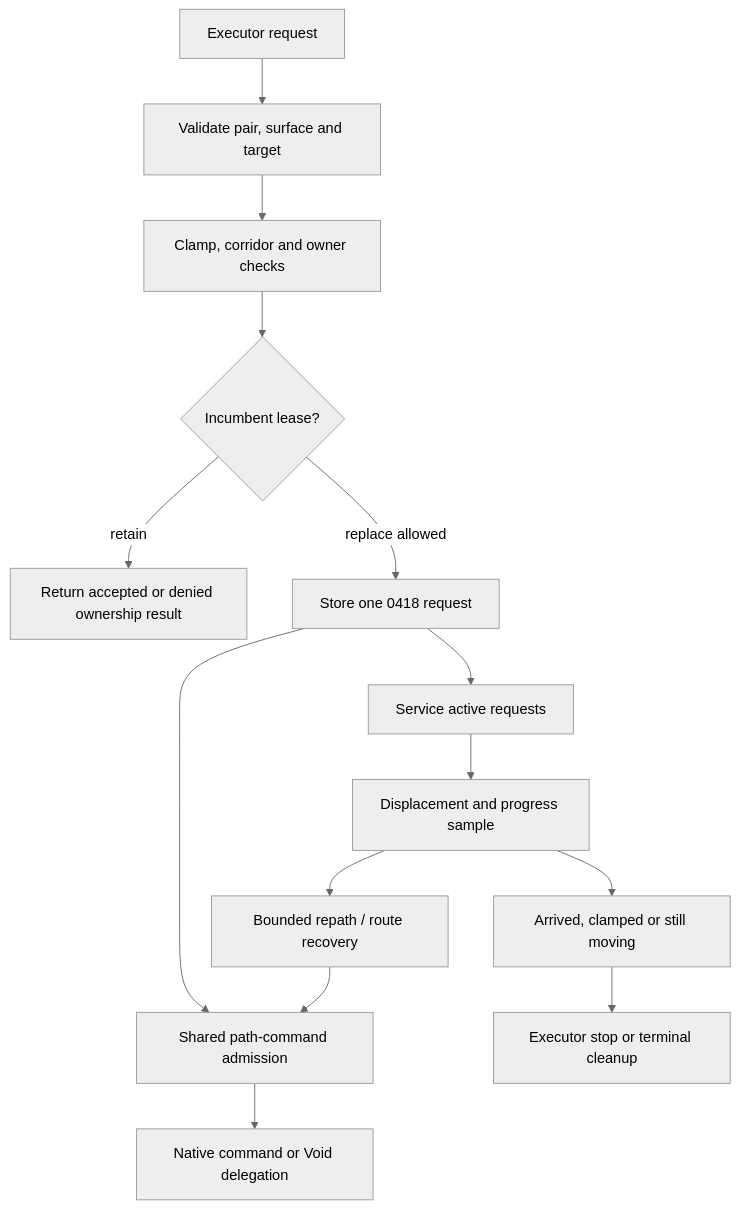
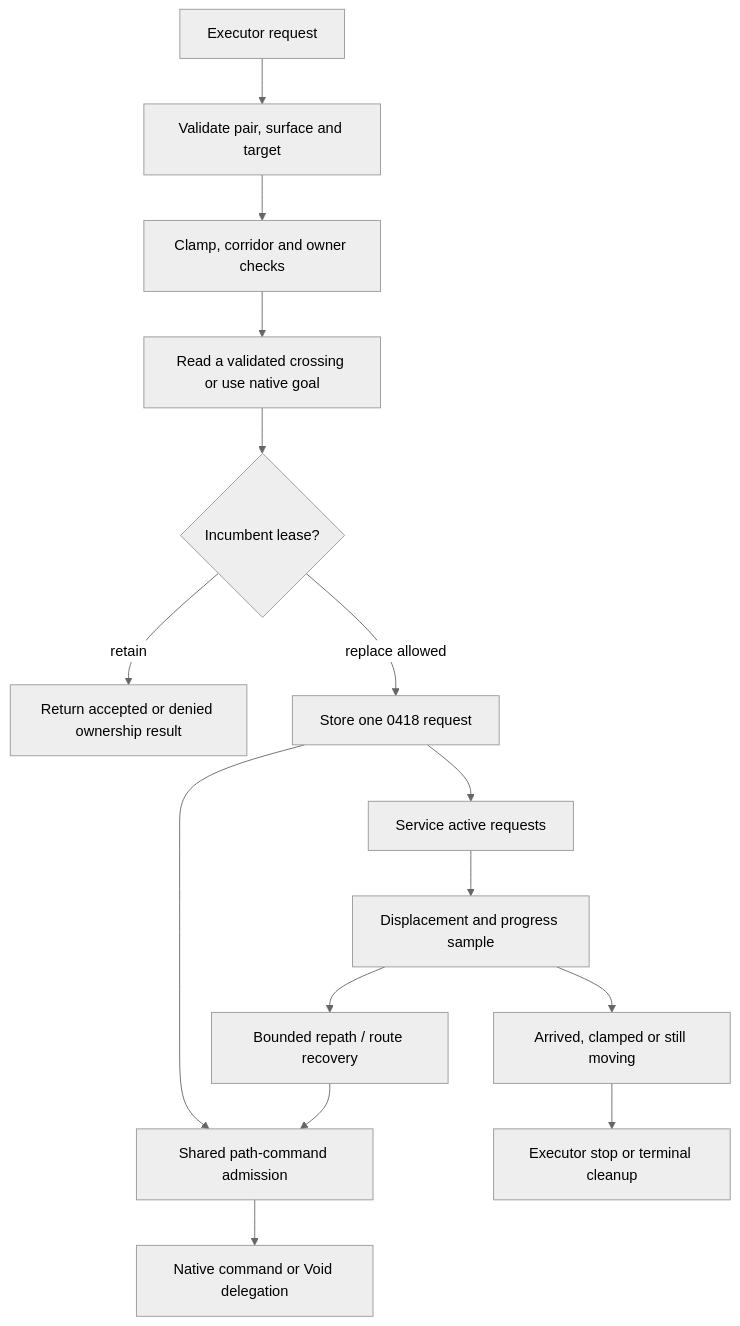
One commit to mrcalzon02/Tech-Priests changed the first of 2 diagrams in docs/BEHAVIOR_MERMAID_FUNCTION_DRILLDOWN_0664_MOVEMENT_CONTROLLER.md. Above: the diagram before and after it, drawn with Mermaid (neutral theme). The commit also changed other lines of this file and 66 other files, not shown here.

````diff
--- a/docs/BEHAVIOR_MERMAID_FUNCTION_DRILLDOWN_0664_MOVEMENT_CONTROLLER.md
+++ b/docs/BEHAVIOR_MERMAID_FUNCTION_DRILLDOWN_0664_MOVEMENT_CONTROLLER.md
@@ -15,16 +15,17 @@
 ```mermaid
 flowchart TD
     Intent["Executor request"] --> Valid["Validate pair, surface and target"]
     Valid --> Policy["Clamp, corridor and owner checks"]
-    Policy --> Existing{"Incumbent lease?"}
+    Policy --> Advice["Read a validated crossing or use native goal"]
+    Advice --> Existing{"Incumbent lease?"}
     Existing -->|"retain"| Same["Return accepted or denied ownership result"]
     Existing -->|"replace allowed"| Store["Store one 0418 request"]
     Store --> Path["Shared path-command admission"]
     Path --> Command["Native command or Void delegation"]
     Store --> Service["Service active requests"]
     Service --> Progress["Displacement and progress sample"]
     Progress --> Arrival["Arrived, clamped or still moving"]
     Progress --> Recovery["Bounded repath / route recovery"]
     Recovery --> Path
     Arrival --> Stop["Executor stop or terminal cleanup"]
 ```
````
